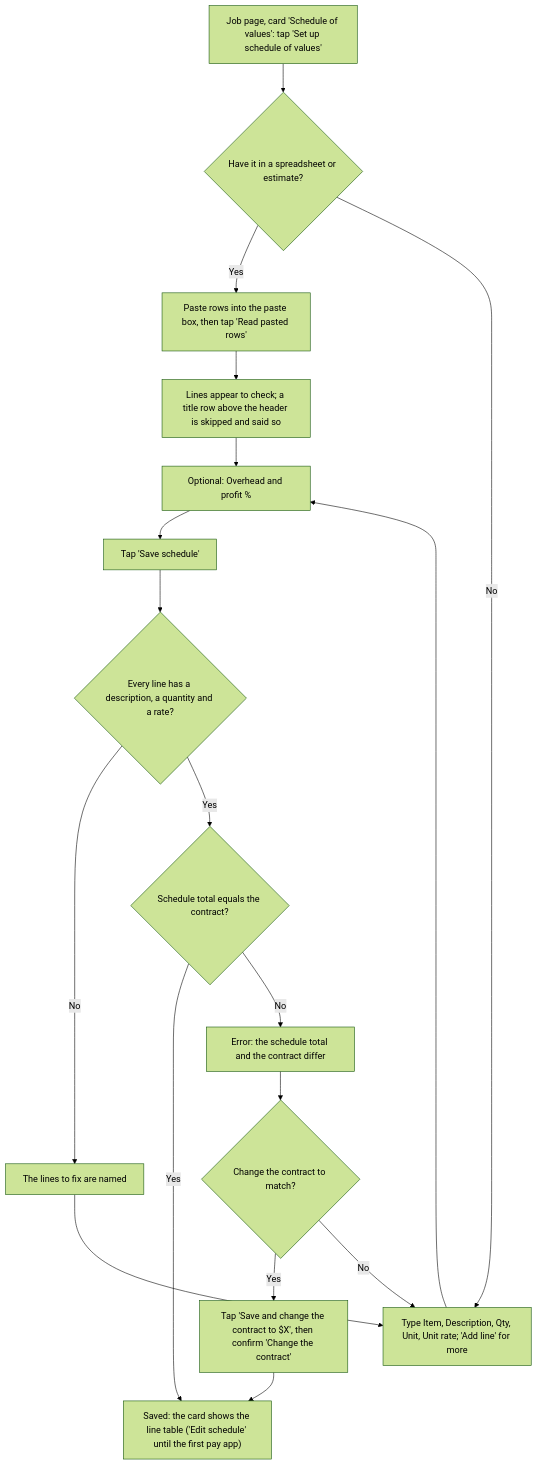
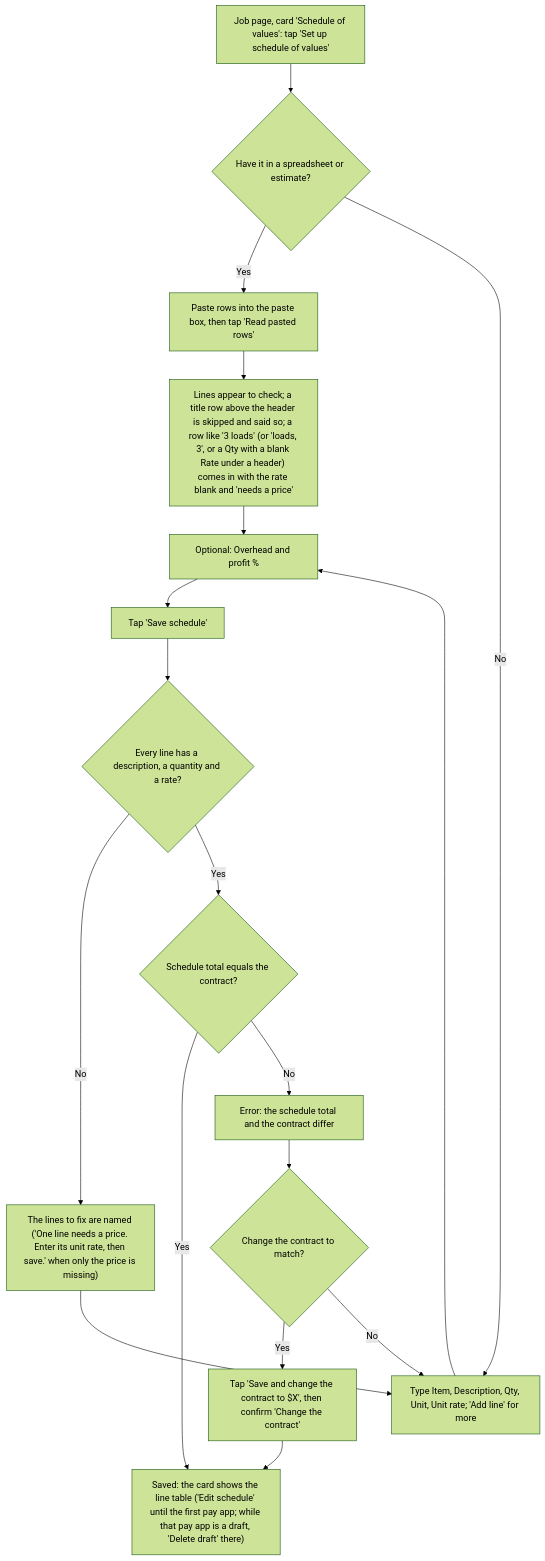
One commit to cartwrightstephen/billdable changed the fourth of 15 diagrams in docs/client-flows.md. Above: the diagram before and after it, drawn with Mermaid (forest theme). The commit also changed other lines of this file, not shown here.

First line of the commit message:
Flows doc: the four branches' changes together, references matched to the merged code

````diff
--- a/docs/client-flows.md
+++ b/docs/client-flows.md
@@ -151,20 +153,20 @@
 ```mermaid
 flowchart TD
     A["Job page, card 'Schedule of values': tap 'Set up schedule of values'"] --> B{"Have it in a spreadsheet or estimate?"}
     B -->|"Yes"| C["Paste rows into the paste box, then tap 'Read pasted rows'"]
-    C --> D["Lines appear to check; a title row above the header is skipped and said so"]
+    C --> D["Lines appear to check; a title row above the header is skipped and said so; a row like '3 loads' (or 'loads, 3', or a Qty with a blank Rate under a header) comes in with the rate blank and 'needs a price'"]
     B -->|"No"| E["Type Item, Description, Qty, Unit, Unit rate; 'Add line' for more"]
     D --> F["Optional: Overhead and profit %"]
     E --> F
     F --> G["Tap 'Save schedule'"]
     G --> H{"Every line has a description, a quantity and a rate?"}
-    H -->|"No"| I["The lines to fix are named"]
+    H -->|"No"| I["The lines to fix are named ('One line needs a price. Enter its unit rate, then save.' when only the price is missing)"]
     I --> E
     H -->|"Yes"| J{"Schedule total equals the contract?"}
-    J -->|"Yes"| K["Saved: the card shows the line table ('Edit schedule' until the first pay app)"]
+    J -->|"Yes"| K["Saved: the card shows the line table ('Edit schedule' until the first pay app; while that pay app is a draft, 'Delete draft' there)"]
     J -->|"No"| L["Error: the schedule total and the contract differ"]
     L --> M{"Change the contract to match?"}
     M -->|"Yes"| N["Tap 'Save and change the contract to $X', then confirm 'Change the contract'"]
     M -->|"No"| E
     N --> K
 ```
````
